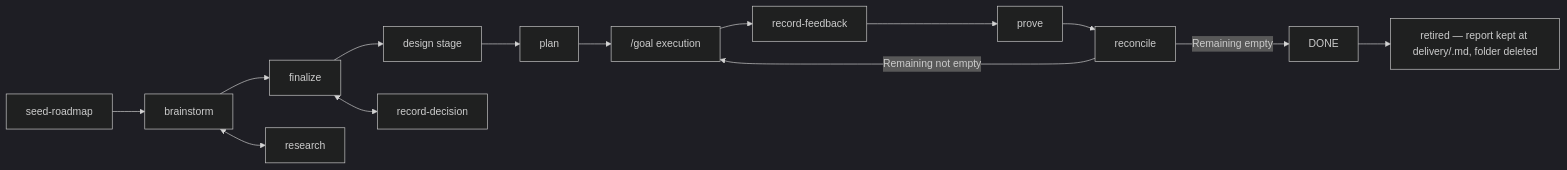
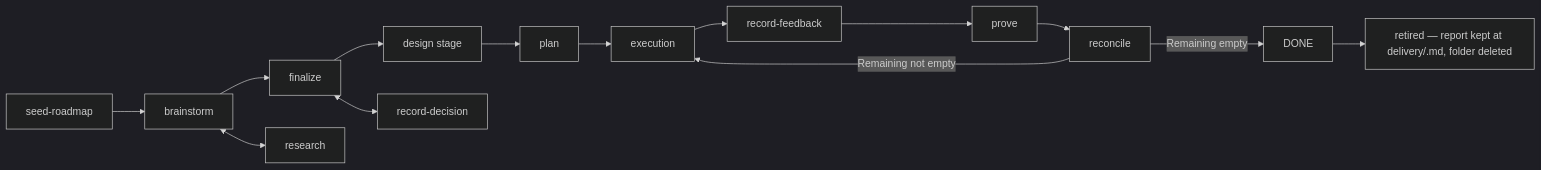
One commit to tailrocks/tailrocks-skills changed the diagram in docs/content/docs/delivery/index.mdx. Above: the diagram before and after it, drawn with Mermaid (dark theme). The commit also changed other lines of this file and 36 other files, not shown here.

````diff
--- a/docs/content/docs/delivery/index.mdx
+++ b/docs/content/docs/delivery/index.mdx
@@ -20,9 +20,9 @@
 ```mermaid
 flowchart LR
-  seed["seed-roadmap"] --> brainstorm --> finalize --> design["design stage"] --> plan --> exec["/goal execution"]
+  seed["seed-roadmap"] --> brainstorm --> finalize --> design["design stage"] --> plan --> exec["execution"]
   exec --> feedback["record-feedback"] --> prove --> reconcile
   reconcile -->|Remaining not empty| exec
   reconcile -->|Remaining empty| done["DONE"] --> retire["retired — report kept at delivery/<slug>.md, folder deleted"]
   brainstorm <--> research
   finalize <--> decision["record-decision"]
 ```
````
